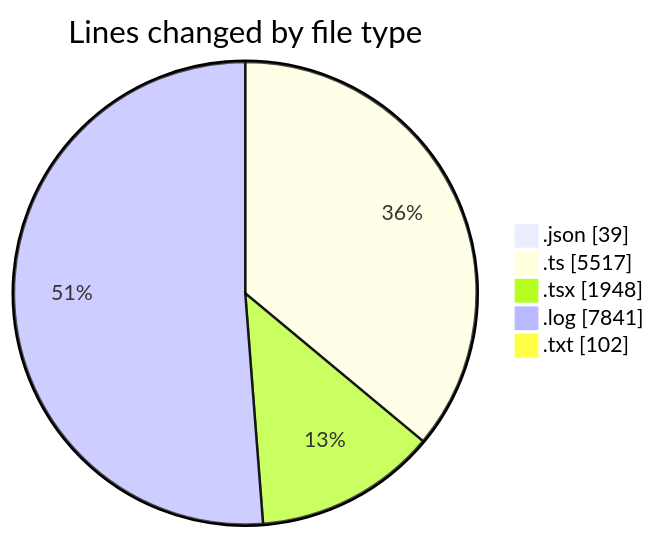
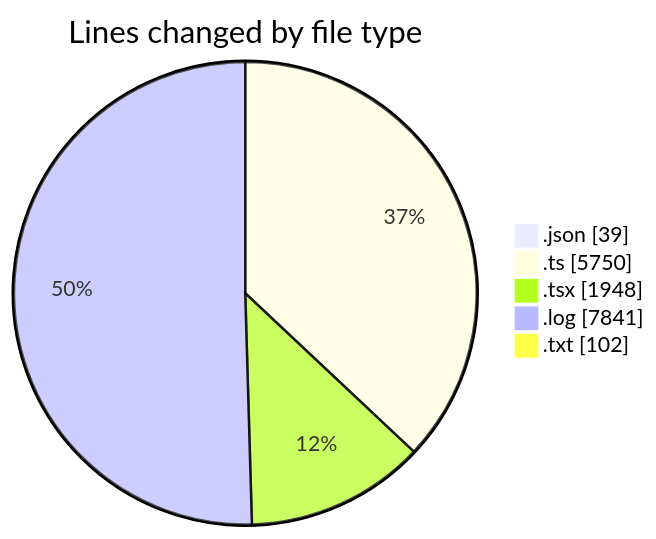
Before and after one commit to lephambinh05/code-tracking: the first of 2 diagrams in 2025-09-13/napxuvn/README.md, drawn with Mermaid. The commit also changed other lines of this file and 1 other file, not shown here.

````diff
--- a/2025-09-13/napxuvn/README.md
+++ b/2025-09-13/napxuvn/README.md
@@ -59,9 +62,9 @@
 ```mermaid
 pie showData
 title Lines changed by file type
 ".json" : 39
-".ts" : 5517
+".ts" : 5750
 ".tsx" : 1948
 ".log" : 7841
 ".txt" : 102
 ```
````
